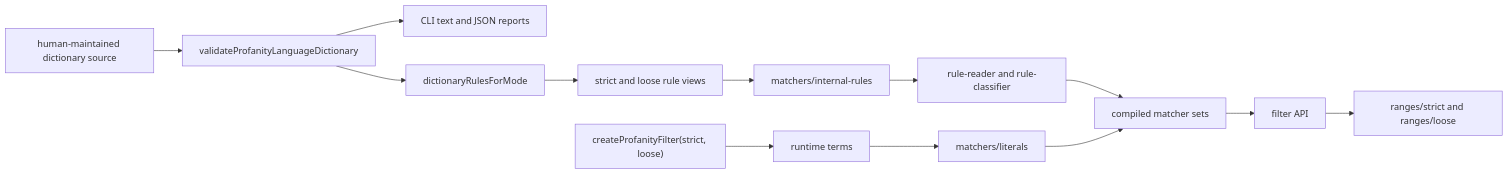
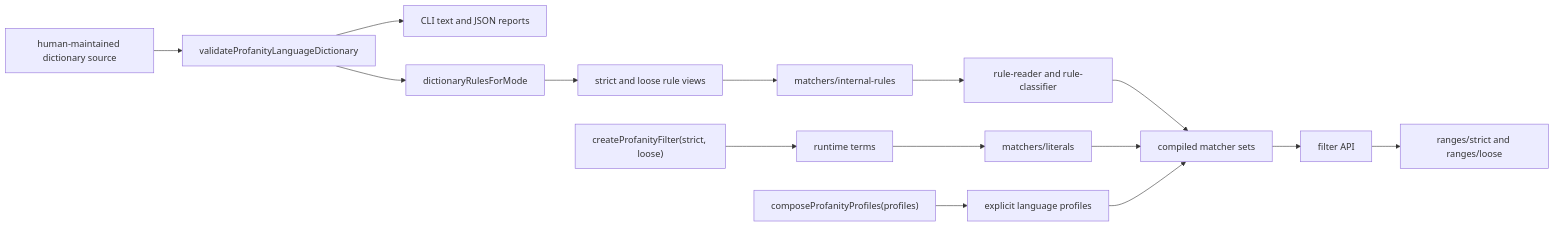
Before and after one commit to textfilters/textfilters: the second of 4 diagrams in docs/architecture.md, drawn with Mermaid. The commit also changed other lines of this file and 36 other files, not shown here.

Commit message:
feat: add composable profanity language profiles (#163)

````diff
--- a/docs/architecture.md
+++ b/docs/architecture.md
@@ -49,15 +49,17 @@
 ```mermaid
 flowchart LR
   Source["human-maintained dictionary source"] --> Validation["validateProfanityLanguageDictionary"]
   Validation --> CliReports["CLI text and JSON reports"]
   Validation --> Normalization["dictionaryRulesForMode"]
   Normalization --> Views["strict and loose rule views"]
   Views --> InternalCompiler["matchers/internal-rules"]
   InternalCompiler --> Reader["rule-reader and rule-classifier"]
   Reader --> Matchers["compiled matcher sets"]
   RuntimeAPI["createProfanityFilter(strict, loose)"] --> RuntimeTerms["runtime terms"]
   RuntimeTerms --> LiteralCompiler["matchers/literals"]
   LiteralCompiler --> Matchers
+  ProfileAPI["composeProfanityProfiles(profiles)"] --> Profiles["explicit language profiles"]
+  Profiles --> Matchers
   Matchers --> PublicAPI["filter API"]
   PublicAPI --> Ranges["ranges/strict and ranges/loose"]
 ```
````
